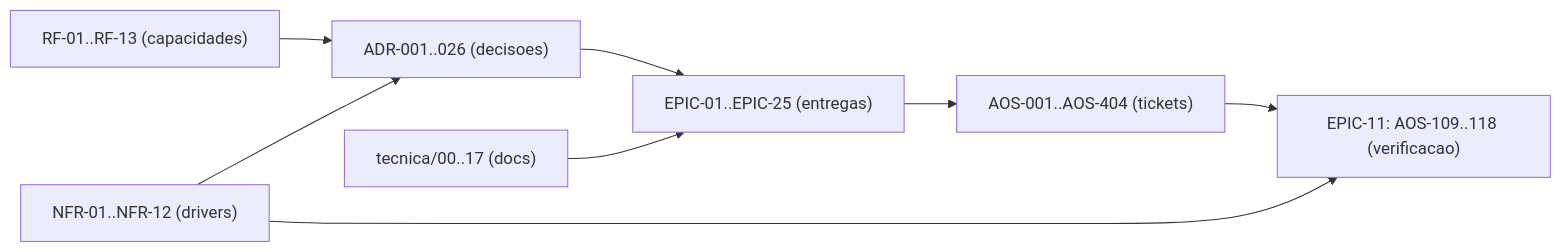
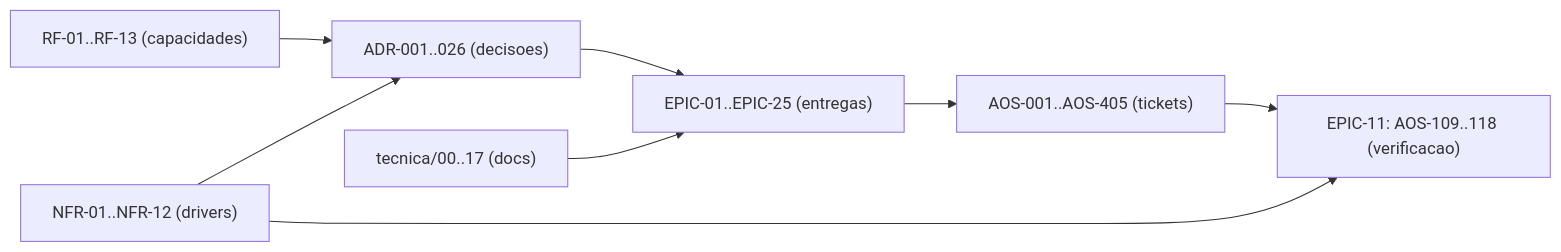
One commit to albinoJimy/aos changed the diagram in tecnica/16_Rastreabilidade_RTM.md. Above: the diagram before and after it, drawn with Mermaid. The commit also changed other lines of this file and 13 other files, not shown here.

````diff
--- a/tecnica/16_Rastreabilidade_RTM.md
+++ b/tecnica/16_Rastreabilidade_RTM.md
@@ -184,10 +184,10 @@
 ```mermaid
 flowchart LR
     RF["RF-01..RF-13 (capacidades)"] --> ADR["ADR-001..026 (decisoes)"]
     NFR["NFR-01..NFR-12 (drivers)"] --> ADR
     ADR --> EPIC["EPIC-01..EPIC-25 (entregas)"]
-    EPIC --> TICK["AOS-001..AOS-404 (tickets)"]
+    EPIC --> TICK["AOS-001..AOS-405 (tickets)"]
     DOC["tecnica/00..17 (docs)"] --> EPIC
     TICK --> TEST["EPIC-11: AOS-109..118 (verificacao)"]
     NFR --> TEST
 ```
````
